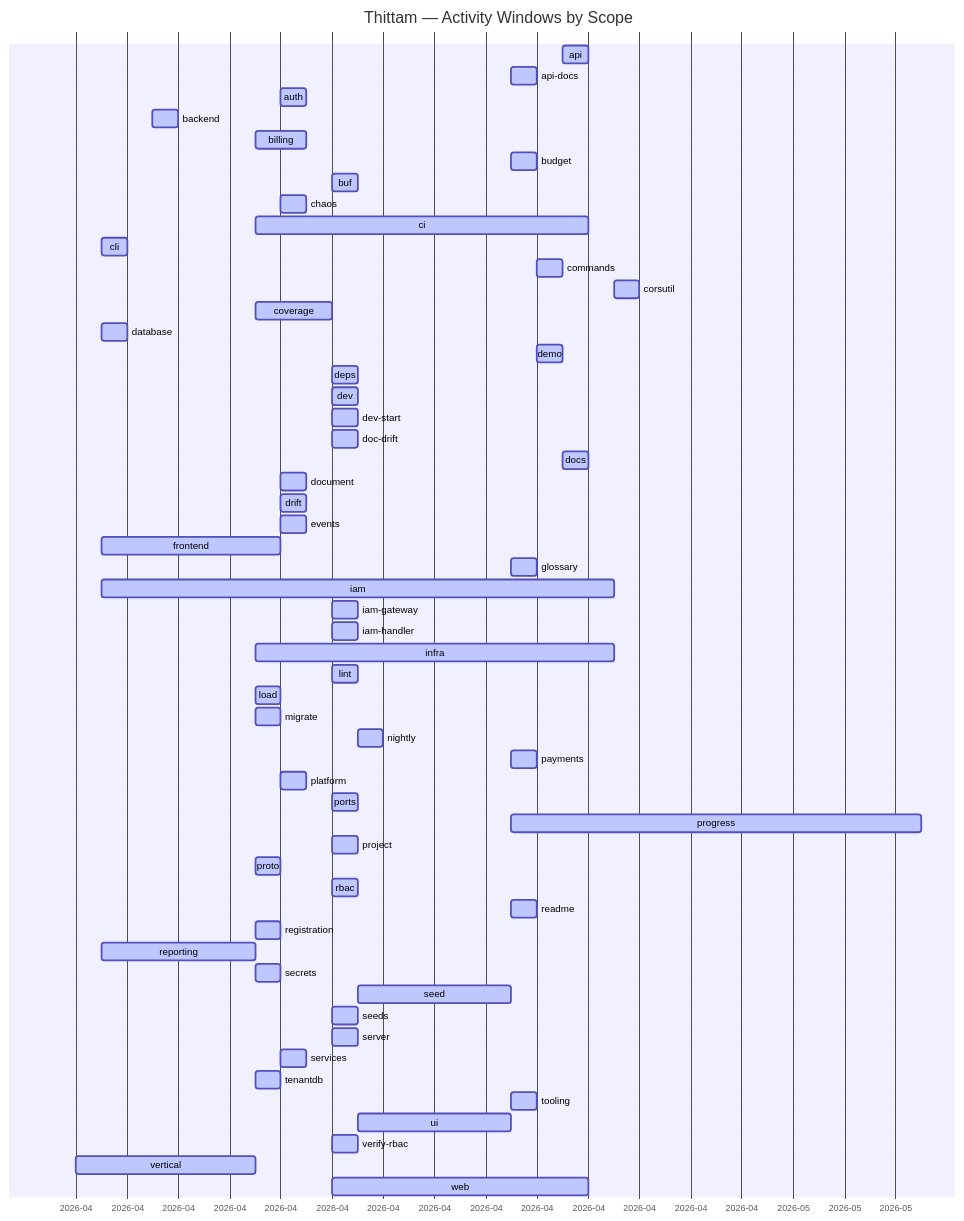
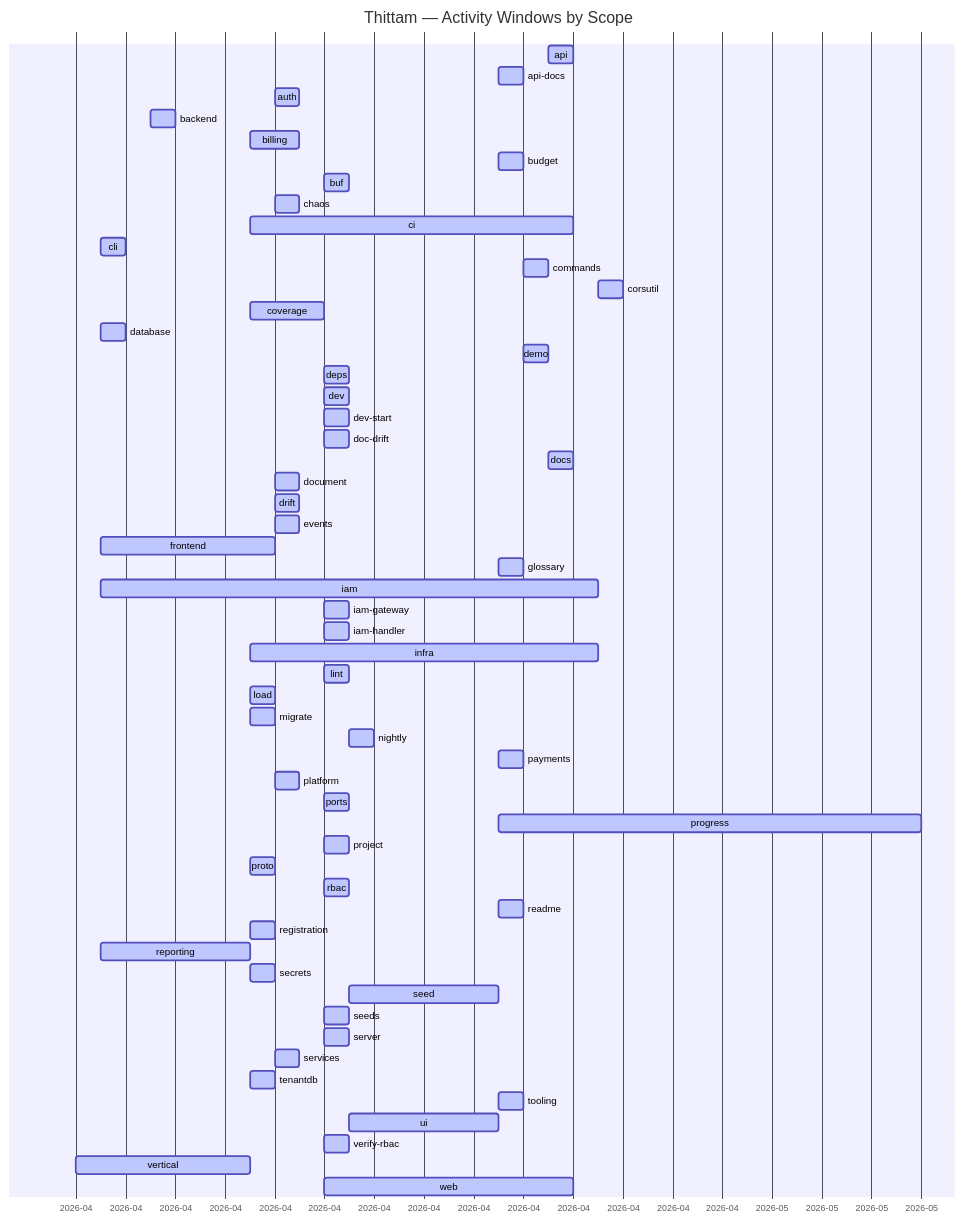
One commit to wegofwd2020-hub/thittam changed the diagram in docs/PROGRESS.md. Above: the diagram before and after it, drawn with Mermaid. The commit also changed other lines of this file and 1 other file, not shown here.

Commit message:
chore(progress): nightly update of docs/PROGRESS.md + CSVs

````diff
--- a/docs/PROGRESS.md
+++ b/docs/PROGRESS.md
@@ -9,60 +9,60 @@
 ```mermaid
 gantt
     title Thittam — Activity Windows by Scope
     dateFormat YYYY-MM-DD
     axisFormat %Y-%m
     api                :active, s_api, 2026-04-22, 2026-04-23
     api-docs           :active, s_api_docs, 2026-04-20, 2026-04-21
     auth               :active, s_auth, 2026-04-11, 2026-04-12
     backend            :active, s_backend, 2026-04-06, 2026-04-07
     billing            :active, s_billing, 2026-04-10, 2026-04-12
     budget             :active, s_budget, 2026-04-20, 2026-04-21
     buf                :active, s_buf, 2026-04-13, 2026-04-14
     chaos              :active, s_chaos, 2026-04-11, 2026-04-12
     ci                 :active, s_ci, 2026-04-10, 2026-04-23
     cli                :active, s_cli, 2026-04-04, 2026-04-05
     commands           :active, s_commands, 2026-04-21, 2026-04-22
     corsutil           :active, s_corsutil, 2026-04-24, 2026-04-25
     coverage           :active, s_coverage, 2026-04-10, 2026-04-13
     database           :active, s_database, 2026-04-04, 2026-04-05
     demo               :active, s_demo, 2026-04-21, 2026-04-22
     deps               :active, s_deps, 2026-04-13, 2026-04-14
     dev                :active, s_dev, 2026-04-13, 2026-04-14
     dev-start          :active, s_dev_start, 2026-04-13, 2026-04-14
     doc-drift          :active, s_doc_drift, 2026-04-13, 2026-04-14
     docs               :active, s_docs, 2026-04-22, 2026-04-23
     document           :active, s_document, 2026-04-11, 2026-04-12
     drift              :active, s_drift, 2026-04-11, 2026-04-12
     events             :active, s_events, 2026-04-11, 2026-04-12
     frontend           :active, s_frontend, 2026-04-04, 2026-04-11
     glossary           :active, s_glossary, 2026-04-20, 2026-04-21
     iam                :active, s_iam, 2026-04-04, 2026-04-24
     iam-gateway        :active, s_iam_gateway, 2026-04-13, 2026-04-14
     iam-handler        :active, s_iam_handler, 2026-04-13, 2026-04-14
     infra              :active, s_infra, 2026-04-10, 2026-04-24
     lint               :active, s_lint, 2026-04-13, 2026-04-14
     load               :active, s_load, 2026-04-10, 2026-04-11
     migrate            :active, s_migrate, 2026-04-10, 2026-04-11
     nightly            :active, s_nightly, 2026-04-14, 2026-04-15
     payments           :active, s_payments, 2026-04-20, 2026-04-21
     platform           :active, s_platform, 2026-04-11, 2026-04-12
     ports              :active, s_ports, 2026-04-13, 2026-04-14
-    progress           :active, s_progress, 2026-04-20, 2026-05-06
+    progress           :active, s_progress, 2026-04-20, 2026-05-07
     project            :active, s_project, 2026-04-13, 2026-04-14
     proto              :active, s_proto, 2026-04-10, 2026-04-11
     rbac               :active, s_rbac, 2026-04-13, 2026-04-14
     readme             :active, s_readme, 2026-04-20, 2026-04-21
     registration       :active, s_registration, 2026-04-10, 2026-04-11
     reporting          :active, s_reporting, 2026-04-04, 2026-04-10
     secrets            :active, s_secrets, 2026-04-10, 2026-04-11
     seed               :active, s_seed, 2026-04-14, 2026-04-20
     seeds              :active, s_seeds, 2026-04-13, 2026-04-14
     server             :active, s_server, 2026-04-13, 2026-04-14
     services           :active, s_services, 2026-04-11, 2026-04-12
     tenantdb           :active, s_tenantdb, 2026-04-10, 2026-04-11
     tooling            :active, s_tooling, 2026-04-20, 2026-04-21
     ui                 :active, s_ui, 2026-04-14, 2026-04-20
     verify-rbac        :active, s_verify_rbac, 2026-04-13, 2026-04-14
     vertical           :active, s_vertical, 2026-04-03, 2026-04-10
     web                :active, s_web, 2026-04-13, 2026-04-23
 ```
````
